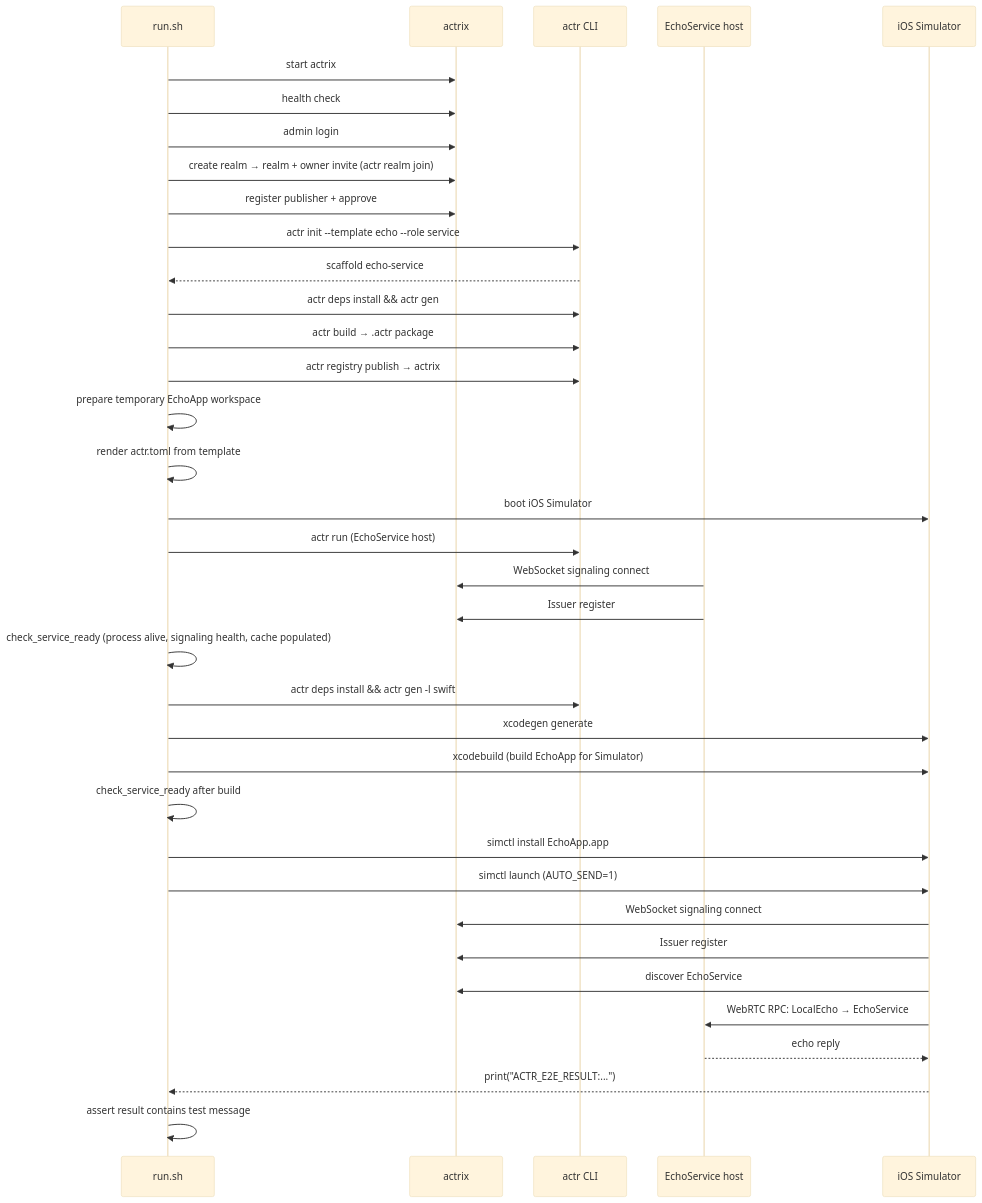
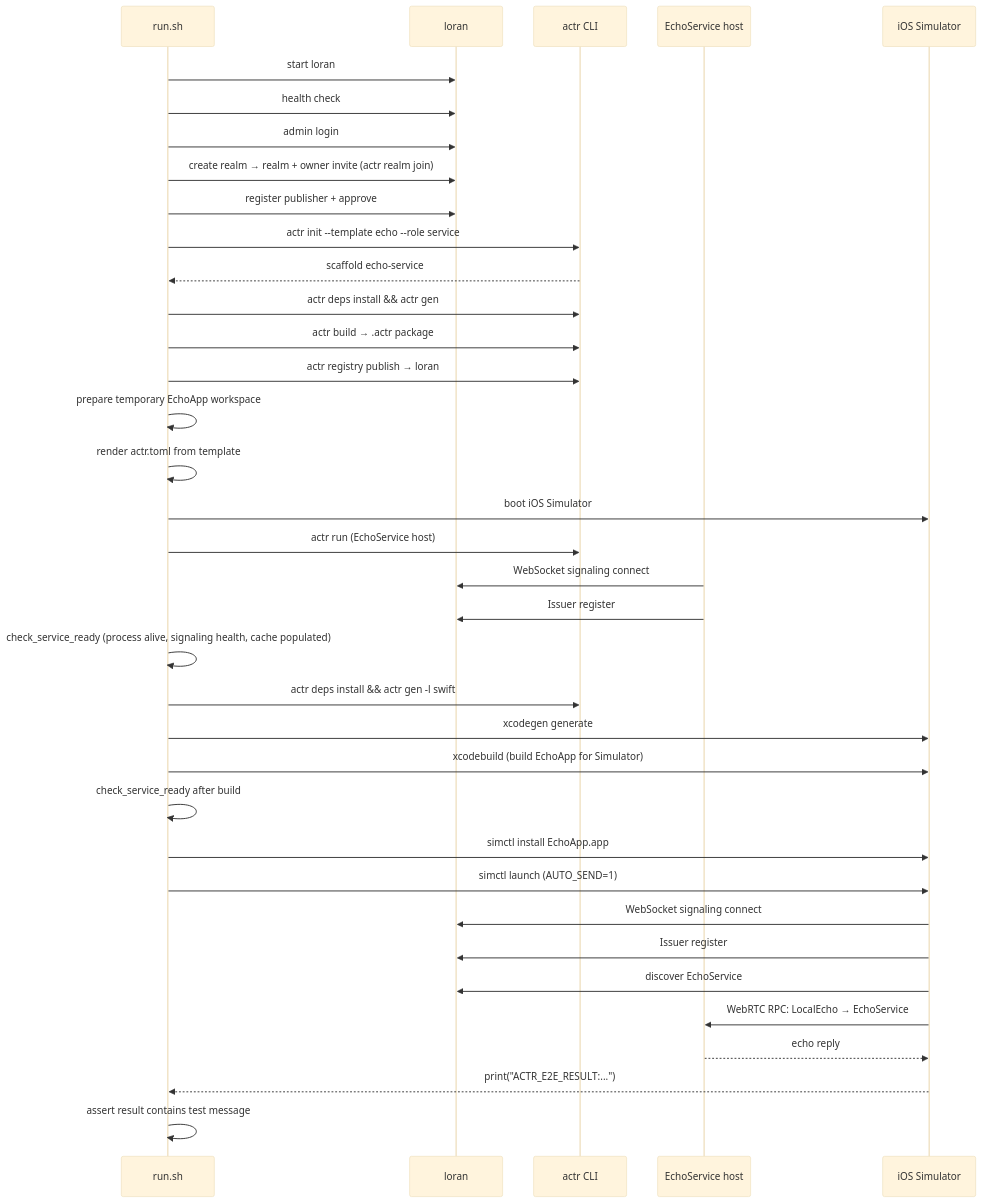
One commit to Actrium/actrium changed the second of 2 diagrams in tests/e2e/actr/swift-echo-app/README.md. Above: the diagram before and after it, drawn with Mermaid (base theme). The commit also changed other lines of this file and 364 other files, not shown here.

````diff
--- a/tests/e2e/actr/swift-echo-app/README.md
+++ b/tests/e2e/actr/swift-echo-app/README.md
@@ -36,44 +36,44 @@
 ```mermaid
 sequenceDiagram
     participant CI as run.sh
-    participant AX as actrix
+    participant AX as loran
     participant CLI as actr CLI
     participant ES as EchoService host
     participant SIM as iOS Simulator
 
-    CI->>AX: start actrix
+    CI->>AX: start loran
     CI->>AX: health check
     CI->>AX: admin login
     CI->>AX: create realm → realm + owner invite (actr realm join)
     CI->>AX: register publisher + approve
 
     CI->>CLI: actr init --template echo --role service
     CLI-->>CI: scaffold echo-service
     CI->>CLI: actr deps install && actr gen
     CI->>CLI: actr build → .actr package
-    CI->>CLI: actr registry publish → actrix
+    CI->>CLI: actr registry publish → loran
 
     CI->>CI: prepare temporary EchoApp workspace
     CI->>CI: render actr.toml from template
     CI->>SIM: boot iOS Simulator
 
     CI->>CLI: actr run (EchoService host)
     ES->>AX: WebSocket signaling connect
     ES->>AX: Issuer register
     CI->>CI: check_service_ready (process alive, signaling health, cache populated)
     CI->>CLI: actr deps install && actr gen -l swift
     CI->>SIM: xcodegen generate
     CI->>SIM: xcodebuild (build EchoApp for Simulator)
     CI->>CI: check_service_ready after build
 
     CI->>SIM: simctl install EchoApp.app
     CI->>SIM: simctl launch (AUTO_SEND=1)
 
     SIM->>AX: WebSocket signaling connect
     SIM->>AX: Issuer register
     SIM->>AX: discover EchoService
     SIM->>ES: WebRTC RPC: LocalEcho → EchoService
     ES-->>SIM: echo reply
     SIM-->>CI: print("ACTR_E2E_RESULT:...")
     CI->>CI: assert result contains test message
 ```
````
